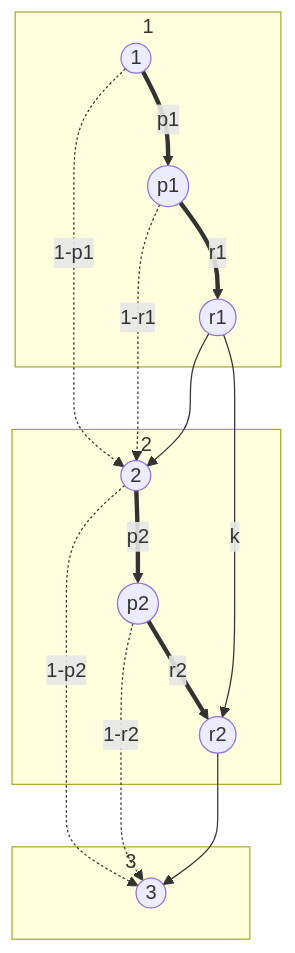
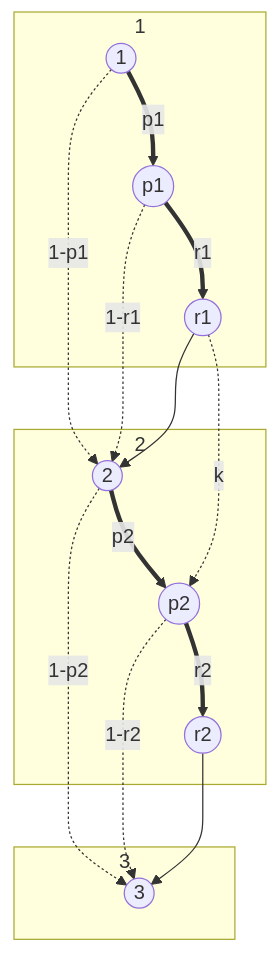
Before and after one commit to bfeitknecht/vault: the fourth of 6 diagrams in vault/sem2/AuW/UE/cx/bf/cx07-bf.md, drawn with Mermaid.

Commit message:
vault backup: 2024-05-07 16:19:36 from MacBook Pro (echo)
Affected files:
vault/sem2/AuW/UE/cx/bf/cx07-bf.md

````diff
--- a/vault/sem2/AuW/UE/cx/bf/cx07-bf.md
+++ b/vault/sem2/AuW/UE/cx/bf/cx07-bf.md
@@ -148,38 +148,38 @@
 ```mermaid
 flowchart TD
 
 subgraph 3
 id7((3))
 end
 
 
 subgraph 2
 id4((2))
 id5((p2))
 id6((r2))
 
 id4==>|"p2"|id5
 id4-.->|"1-p2"|id7
 id5==>|"r2"|id6
 id5-.->|"1-r2"|id7
 id6-->|" "|id7
 end
 
 
 subgraph 1
 id1((1))
 id2((p1))
 id3((r1))
 
 
 id1==>|"p1"|id2
 id1-.->|"1-p1"|id4
 id2==>|"r1"|id3
 id2-.->|"1-r1"|id4
 id3-->|" "|id4
-id3-->|"k"|id6
+id3-.->|"k"|id5
 end
 
 
 
 ```
````
